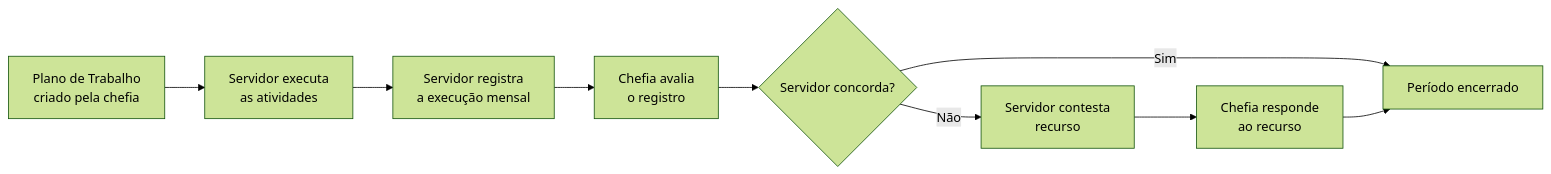
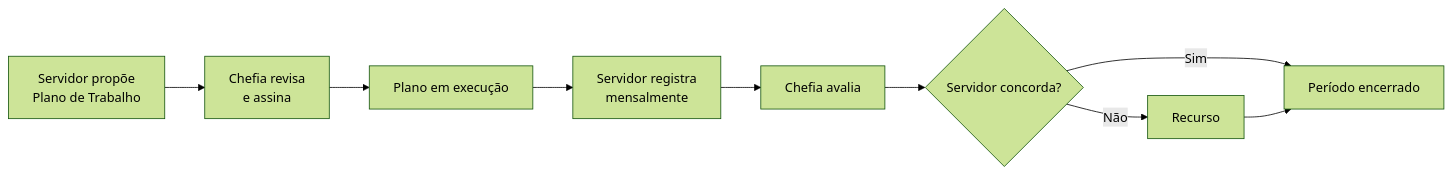
One commit to pgdgovbr/docs changed the diagram in docs/conceitos/programa.md. Above: the diagram before and after it, drawn with Mermaid (forest theme). The commit also changed other lines of this file and 20 other files, not shown here.

````diff
--- a/docs/conceitos/programa.md
+++ b/docs/conceitos/programa.md
@@ -11,11 +11,11 @@
 ```mermaid
 graph LR
-    A[Plano de Trabalho<br/>criado pela chefia] --> B[Servidor executa<br/>as atividades]
-    B --> C[Servidor registra<br/>a execução mensal]
-    C --> D[Chefia avalia<br/>o registro]
-    D --> E{Servidor concorda?}
-    E -->|Sim| F[Período encerrado]
-    E -->|Não| G[Servidor contesta<br/>recurso]
-    G --> H[Chefia responde<br/>ao recurso]
-    H --> F
+    A[Servidor propõe<br/>Plano de Trabalho] --> B[Chefia revisa<br/>e assina]
+    B --> C[Plano em execução]
+    C --> D[Servidor registra<br/>mensalmente]
+    D --> E[Chefia avalia]
+    E --> F{Servidor concorda?}
+    F -->|Sim| G[Período encerrado]
+    F -->|Não| H[Recurso]
+    H --> G
 ```
````
